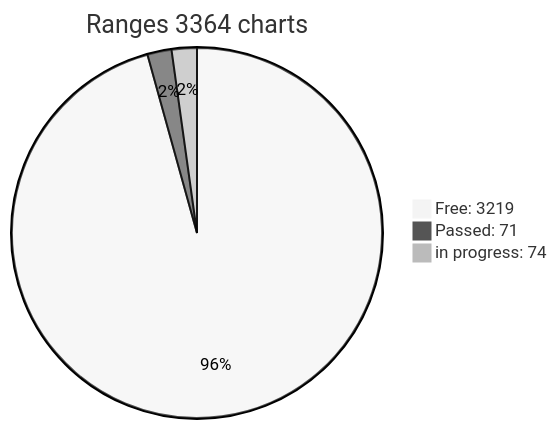
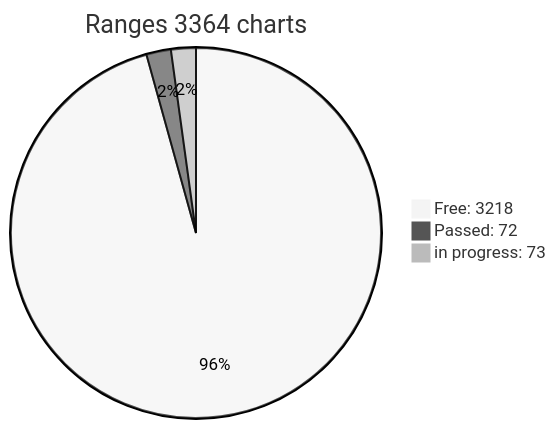
Before and after one commit to phrutis/wif500: the diagram in x64/Release/table.md, drawn with Mermaid (neutral theme).

````diff
--- a/x64/Release/table.md
+++ b/x64/Release/table.md
@@ -3,6 +3,6 @@
 ```mermaid
 pie title Ranges 3364 charts
-"Free: 3219" : 3219
-"Passed: 71" : 71
-"in progress: 74" : 74
+"Free: 3218" : 3218
+"Passed: 72" : 72
+"in progress: 73" : 73
 ``` 
````
